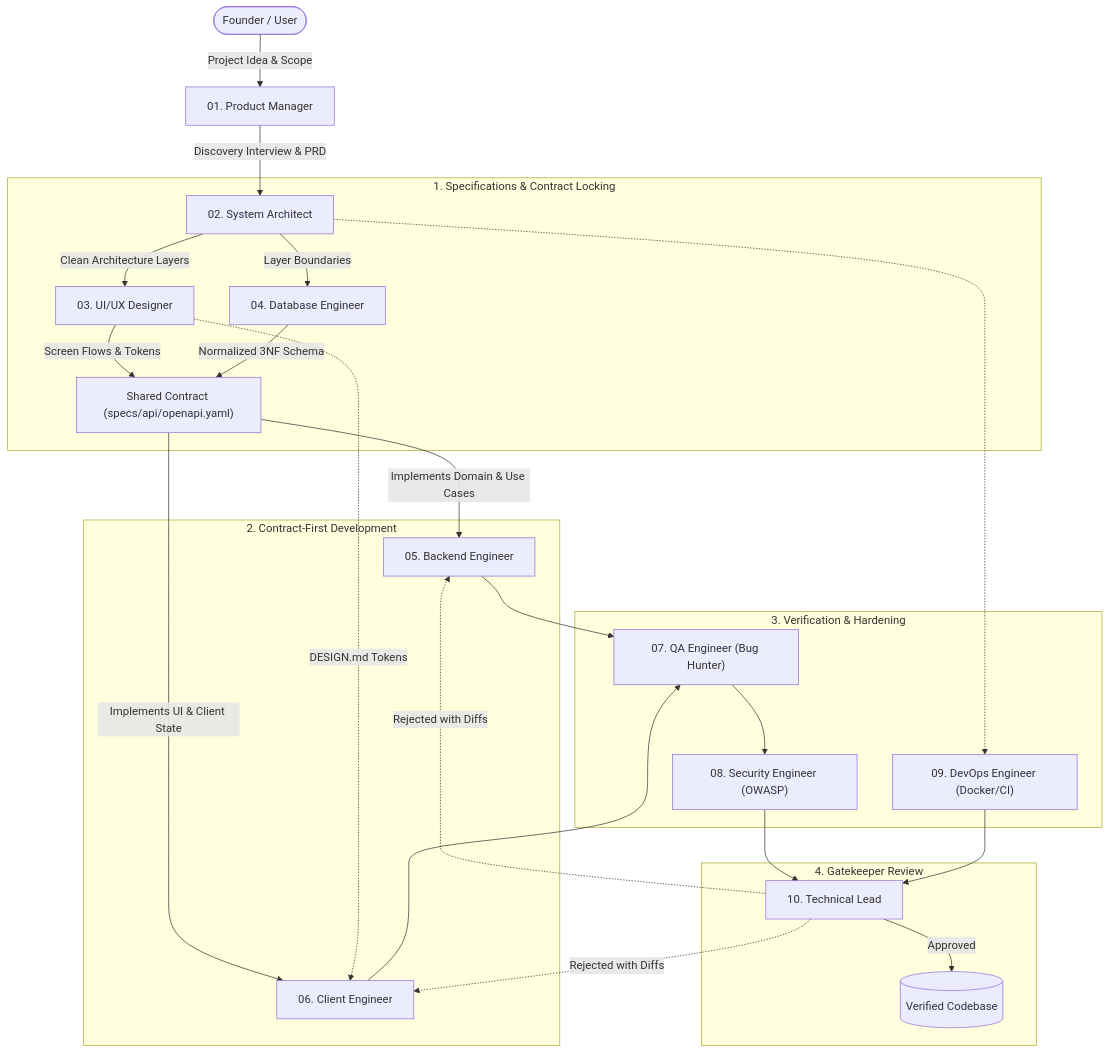
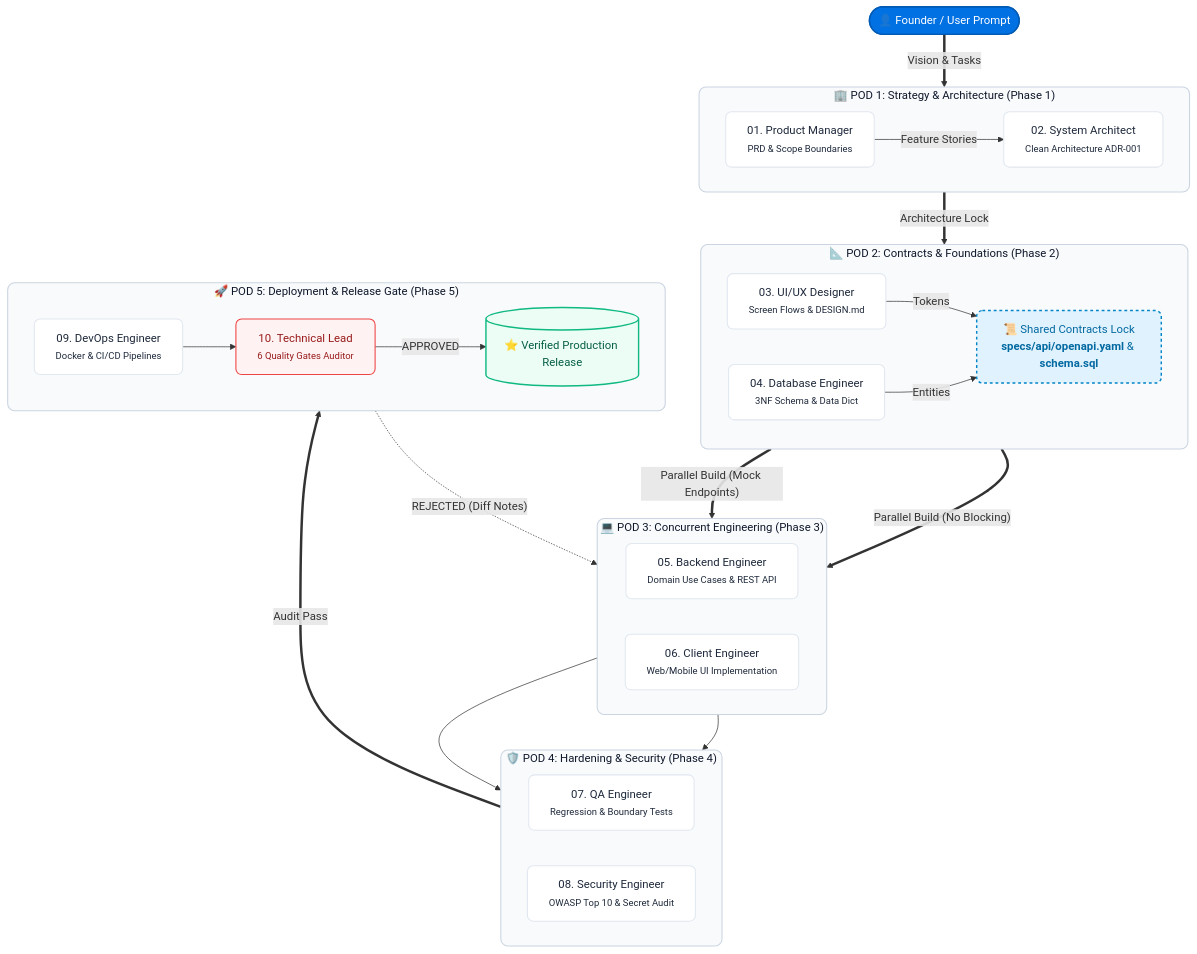
Before and after one commit to KiloMusician/TenAgent: the diagram in README.md, drawn with Mermaid. The commit also changed other lines of this file and 5 other files, not shown here.

Commit message:
initial release of TenAgent

````diff
--- a/README.md
+++ b/README.md
@@ -27,33 +42,59 @@
 ```mermaid
 flowchart TD
-    Founder(["Founder / User"]) -->|"Project Idea & Scope"| PM["01. Product Manager"]
-    PM -->|"Discovery Interview & PRD"| Arch["02. System Architect"]
-    
-    subgraph Specifications Phase ["1. Specifications & Contract Locking"]
-        Arch -->|"Clean Architecture Layers"| Design["03. UI/UX Designer"]
-        Arch -->|"Layer Boundaries"| DBA["04. Database Engineer"]
-        Design -->|"Screen Flows & Tokens"| Contract["Shared Contract (specs/api/openapi.yaml)"]
-        DBA -->|"Normalized 3NF Schema"| Contract
+    classDef podStyle fill:#f8fafc,stroke:#cbd5e1,stroke-width:1.5px,rx:10px,color:#0f172a
+    classDef founderStyle fill:#0071e3,stroke:#005bb5,stroke-width:2px,color:#ffffff,rx:12px
+    classDef contractStyle fill:#e0f2fe,stroke:#0284c7,stroke-width:2px,color:#0369a1,rx:8px,stroke-dasharray: 4 4
+    classDef agentStyle fill:#ffffff,stroke:#e2e8f0,stroke-width:1.5px,rx:8px,color:#1e293b
+    classDef gateStyle fill:#fef2f2,stroke:#ef4444,stroke-width:1.5px,color:#991b1b,rx:8px
+    classDef prodStyle fill:#ecfdf5,stroke:#10b981,stroke-width:2px,color:#065f46,rx:12px
+
+    Founder(["👤 Founder / User Prompt"]):::founderStyle
+
+    subgraph Pod1 ["🏢 POD 1: Strategy & Architecture (Phase 1)"]
+        direction LR
+        PM["01. Product Manager<br/><small>PRD & Scope Boundaries</small>"]:::agentStyle
+        Arch["02. System Architect<br/><small>Clean Architecture ADR-001</small>"]:::agentStyle
+        PM -->|"Feature Stories"| Arch
     end
-    
-    subgraph Parallel Implementation ["2. Contract-First Development"]
-        Contract -->|"Implements Domain & Use Cases"| Backend["05. Backend Engineer"]
-        Contract -->|"Implements UI & Client State"| ClientEng["06. Client Engineer"]
-        Design -.->|"DESIGN.md Tokens"| ClientEng
+
+    subgraph Pod2 ["📐 POD 2: Contracts & Foundations (Phase 2)"]
+        direction LR
+        Design["03. UI/UX Designer<br/><small>Screen Flows & DESIGN.md</small>"]:::agentStyle
+        DBA["04. Database Engineer<br/><small>3NF Schema & Data Dict</small>"]:::agentStyle
+        Contract["📜 Shared Contracts Lock<br/><b>specs/api/openapi.yaml</b> & <b>schema.sql</b>"]:::contractStyle
+        Design -->|"Tokens"| Contract
+        DBA -->|"Entities"| Contract
     end
-    
-    subgraph Quality Gates ["3. Verification & Hardening"]
-        Backend --> QA["07. QA Engineer (Bug Hunter)"]
-        ClientEng --> QA
-        QA --> Security["08. Security Engineer (OWASP)"]
-        Arch -.-> DevOps["09. DevOps Engineer (Docker/CI)"]
+
+    subgraph Pod3 ["💻 POD 3: Concurrent Engineering (Phase 3)"]
+        direction LR
+        Backend["05. Backend Engineer<br/><small>Domain Use Cases & REST API</small>"]:::agentStyle
+        ClientEng["06. Client Engineer<br/><small>Web/Mobile UI Implementation</small>"]:::agentStyle
     end
-    
-    subgraph Gatekeeping ["4. Gatekeeper Review"]
-        Security --> TL["10. Technical Lead"]
-        DevOps --> TL
-        TL -->|"Approved"| Production[("Verified Codebase")]
-        TL -.->|"Rejected with Diffs"| Backend
-        TL -.->|"Rejected with Diffs"| ClientEng
+
+    subgraph Pod4 ["🛡️ POD 4: Hardening & Security (Phase 4)"]
+        direction LR
+        QA["07. QA Engineer<br/><small>Regression & Boundary Tests</small>"]:::agentStyle
+        Security["08. Security Engineer<br/><small>OWASP Top 10 & Secret Audit</small>"]:::agentStyle
     end
+
+    subgraph Pod5 ["🚀 POD 5: Deployment & Release Gate (Phase 5)"]
+        direction LR
+        DevOps["09. DevOps Engineer<br/><small>Docker & CI/CD Pipelines</small>"]:::agentStyle
+        TechLead["10. Technical Lead<br/><small>6 Quality Gates Auditor</small>"]:::gateStyle
+        Production[("⭐ Verified Production Release")]:::prodStyle
+    end
+
+    Founder ==>|"Vision & Tasks"| Pod1
+    Pod1 ==>|"Architecture Lock"| Pod2
+    Contract ==>|"Parallel Build (No Blocking)"| Backend
+    Contract ==>|"Parallel Build (Mock Endpoints)"| ClientEng
+    Backend --> Pod4
+    ClientEng --> Pod4
+    Pod4 ==>|"Audit Pass"| DevOps
+    DevOps --> TechLead
+    TechLead -->|"APPROVED"| Production
+    TechLead -.->|"REJECTED (Diff Notes)"| Backend
+
+    class Pod1,Pod2,Pod3,Pod4,Pod5 podStyle
 ```
````
